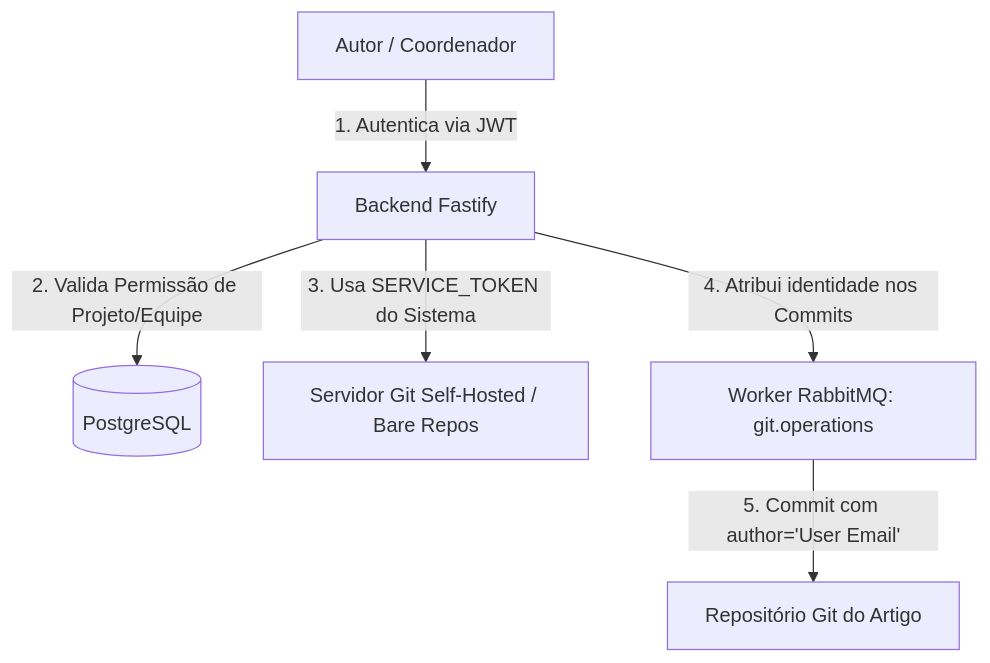
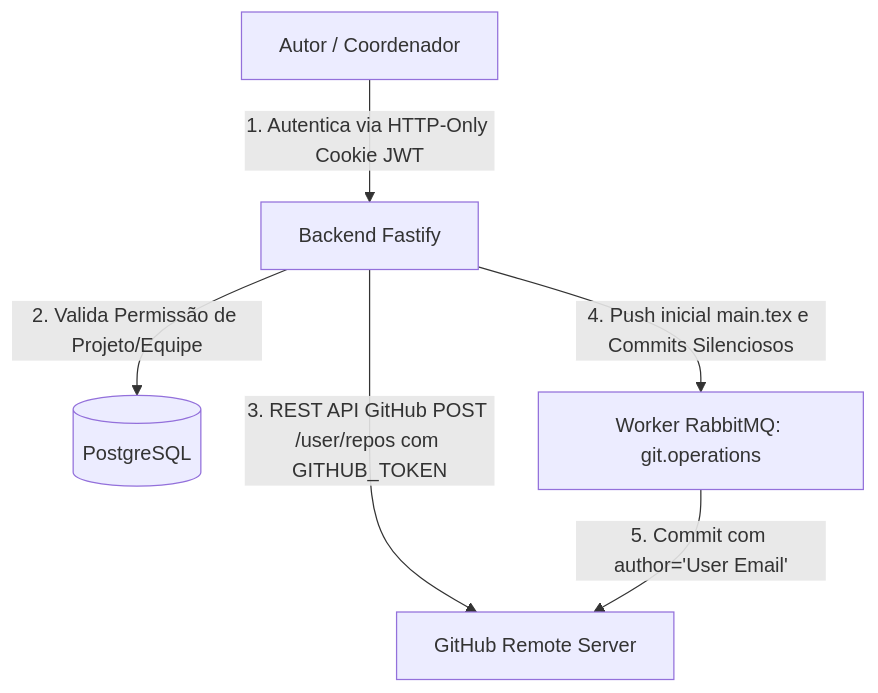
One commit to Digital-Analytics-Apps/sci-latex-vscode-ai changed the second of 2 diagrams in docs/planning/specs.md. Above: the diagram before and after it, drawn with Mermaid. The commit also changed other lines of this file and 12 other files, not shown here.

Commit message:
feat(git): enforce mandatory remote GitHub provisioning with title slugging, section progress commit endpoint, and OWASP cookie auth

````diff
--- a/docs/planning/specs.md
+++ b/docs/planning/specs.md
@@ -51,8 +55,8 @@
 ```mermaid
 graph TD
-    User[Autor / Coordenador] -->|1. Autentica via JWT| API[Backend Fastify]
+    User[Autor / Coordenador] -->|1. Autentica via HTTP-Only Cookie JWT| API[Backend Fastify]
     API -->|2. Valida Permissão de Projeto/Equipe| DB[(PostgreSQL)]
-    API -->|3. Usa SERVICE_TOKEN do Sistema| GitServer[Servidor Git Self-Hosted / Bare Repos]
-    API -->|4. Atribui identidade nos Commits| WorkerGit[Worker RabbitMQ: git.operations]
-    WorkerGit -->|5. Commit com author='User Email'| LocalRepo[Repositório Git do Artigo]
+    API -->|3. REST API GitHub POST /user/repos com GITHUB_TOKEN| GitHub[GitHub Remote Server]
+    API -->|4. Push inicial main.tex e Commits Silenciosos| WorkerGit[Worker RabbitMQ: git.operations]
+    WorkerGit -->|5. Commit com author='User Email'| GitHub
 ```
````
